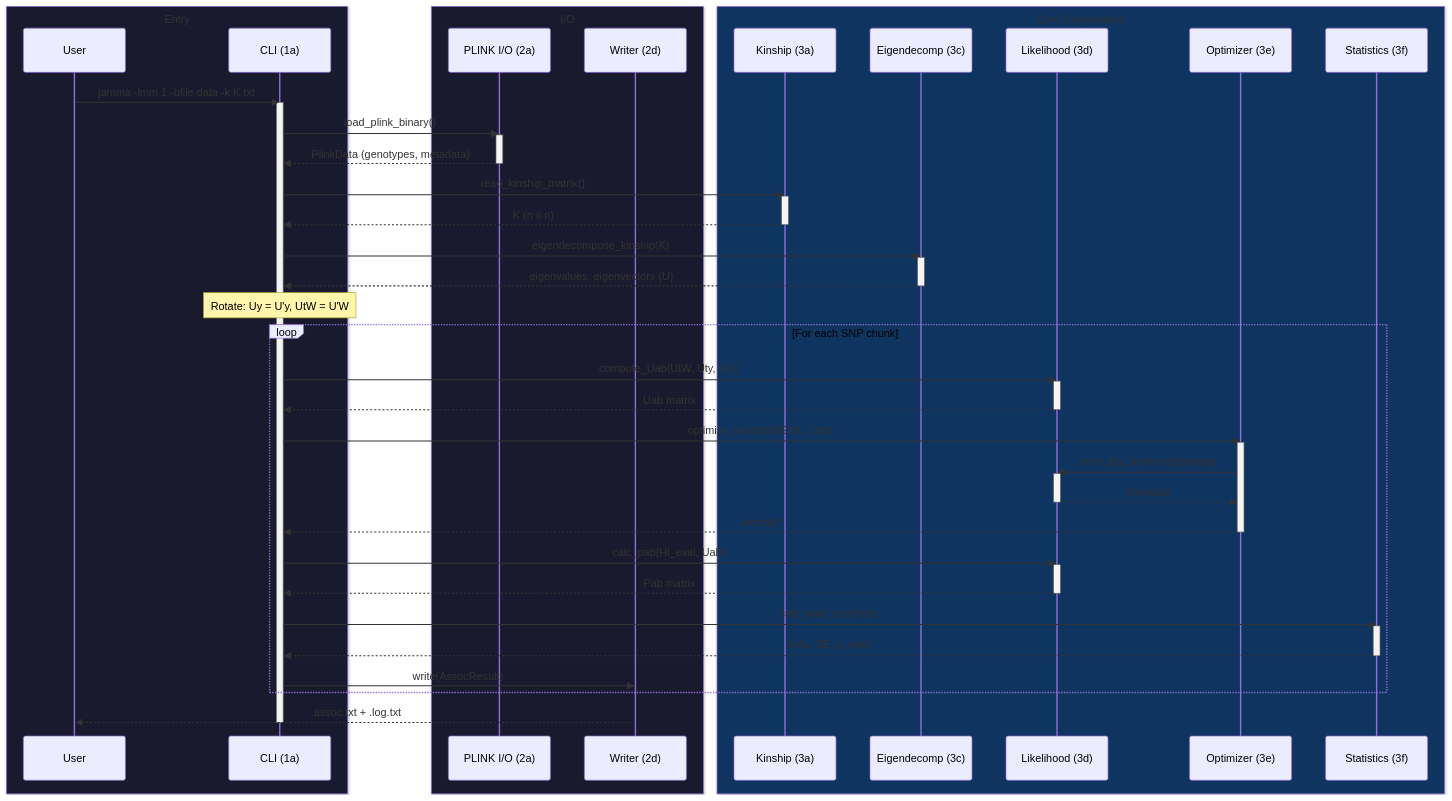
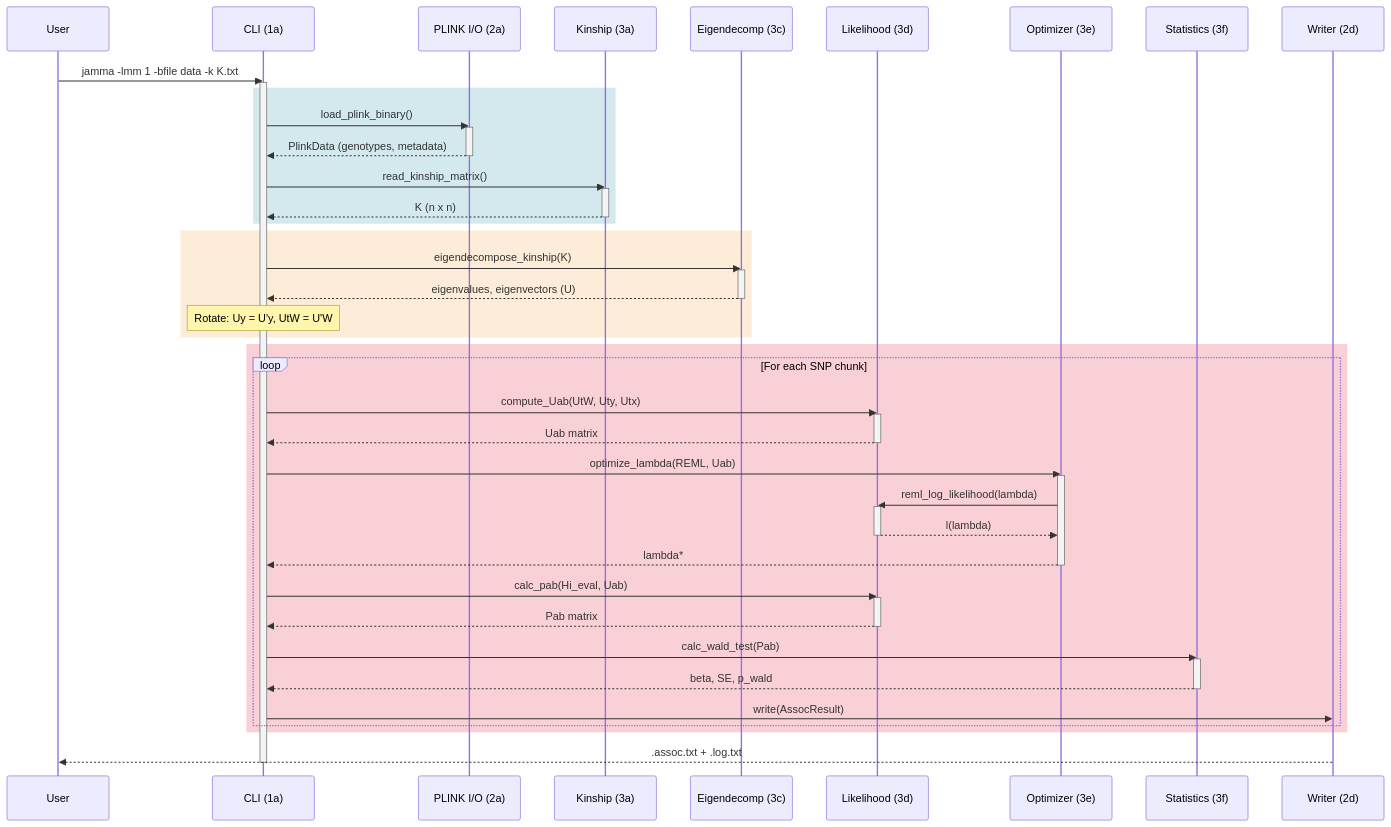
Before and after one commit to michael-denyer/jamma: the second of 5 diagrams in docs/CODEMAP.md, drawn with Mermaid.

Commit message:
docs: revert sequence diagram to translucent rect phase bands
Dark box backgrounds blend into the dark theme background, making Entry
and I/O groups invisible. rect rgba() at 25% opacity gives visible
teal/amber/crimson phase bands that work consistently across themes.

````diff
--- a/docs/CODEMAP.md
+++ b/docs/CODEMAP.md
@@ -321,62 +321,63 @@
 ```mermaid
 sequenceDiagram
-    box rgb(26, 26, 46) Entry
-        participant U as User
-        participant CLI as CLI (1a)
-    end
-    box rgb(26, 26, 46) I/O
-        participant IO as PLINK I/O (2a)
-        participant W as Writer (2d)
-    end
-    box rgb(15, 52, 96) Core Computation
-        participant K as Kinship (3a)
-        participant E as Eigendecomp (3c)
-        participant L as Likelihood (3d)
-        participant O as Optimizer (3e)
-        participant S as Statistics (3f)
-    end
+    participant U as User
+    participant CLI as CLI (1a)
+    participant IO as PLINK I/O (2a)
+    participant K as Kinship (3a)
+    participant E as Eigendecomp (3c)
+    participant L as Likelihood (3d)
+    participant O as Optimizer (3e)
+    participant S as Statistics (3f)
+    participant W as Writer (2d)
 
     U->>CLI: jamma -lmm 1 -bfile data -k K.txt
     activate CLI
-    CLI->>IO: load_plink_binary()
-    activate IO
-    IO-->>CLI: PlinkData (genotypes, metadata)
-    deactivate IO
-    CLI->>K: read_kinship_matrix()
-    activate K
-    K-->>CLI: K (n x n)
-    deactivate K
-    CLI->>E: eigendecompose_kinship(K)
-    activate E
-    E-->>CLI: eigenvalues, eigenvectors (U)
-    deactivate E
 
-    Note over CLI: Rotate: Uy = U'y, UtW = U'W
+    rect rgba(83, 168, 182, 0.25)
+        CLI->>IO: load_plink_binary()
+        activate IO
+        IO-->>CLI: PlinkData (genotypes, metadata)
+        deactivate IO
+        CLI->>K: read_kinship_matrix()
+        activate K
+        K-->>CLI: K (n x n)
+        deactivate K
+    end
 
-    loop For each SNP chunk
-        CLI->>L: compute_Uab(UtW, Uty, Utx)
-        activate L
-        L-->>CLI: Uab matrix
-        deactivate L
-        CLI->>O: optimize_lambda(REML, Uab)
-        activate O
-        O->>L: reml_log_likelihood(lambda)
-        activate L
-        L-->>O: l(lambda)
-        deactivate L
-        O-->>CLI: lambda*
-        deactivate O
-        CLI->>L: calc_pab(Hi_eval, Uab)
-        activate L
-        L-->>CLI: Pab matrix
-        deactivate L
-        CLI->>S: calc_wald_test(Pab)
-        activate S
-        S-->>CLI: beta, SE, p_wald
-        deactivate S
-        CLI->>W: write(AssocResult)
+    rect rgba(245, 180, 97, 0.25)
+        CLI->>E: eigendecompose_kinship(K)
+        activate E
+        E-->>CLI: eigenvalues, eigenvectors (U)
+        deactivate E
+        Note over CLI: Rotate: Uy = U'y, UtW = U'W
+    end
+
+    rect rgba(233, 69, 96, 0.25)
+        loop For each SNP chunk
+            CLI->>L: compute_Uab(UtW, Uty, Utx)
+            activate L
+            L-->>CLI: Uab matrix
+            deactivate L
+            CLI->>O: optimize_lambda(REML, Uab)
+            activate O
+            O->>L: reml_log_likelihood(lambda)
+            activate L
+            L-->>O: l(lambda)
+            deactivate L
+            O-->>CLI: lambda*
+            deactivate O
+            CLI->>L: calc_pab(Hi_eval, Uab)
+            activate L
+            L-->>CLI: Pab matrix
+            deactivate L
+            CLI->>S: calc_wald_test(Pab)
+            activate S
+            S-->>CLI: beta, SE, p_wald
+            deactivate S
+            CLI->>W: write(AssocResult)
+        end
     end
 
     W-->>U: .assoc.txt + .log.txt
     deactivate CLI
 ```
````
